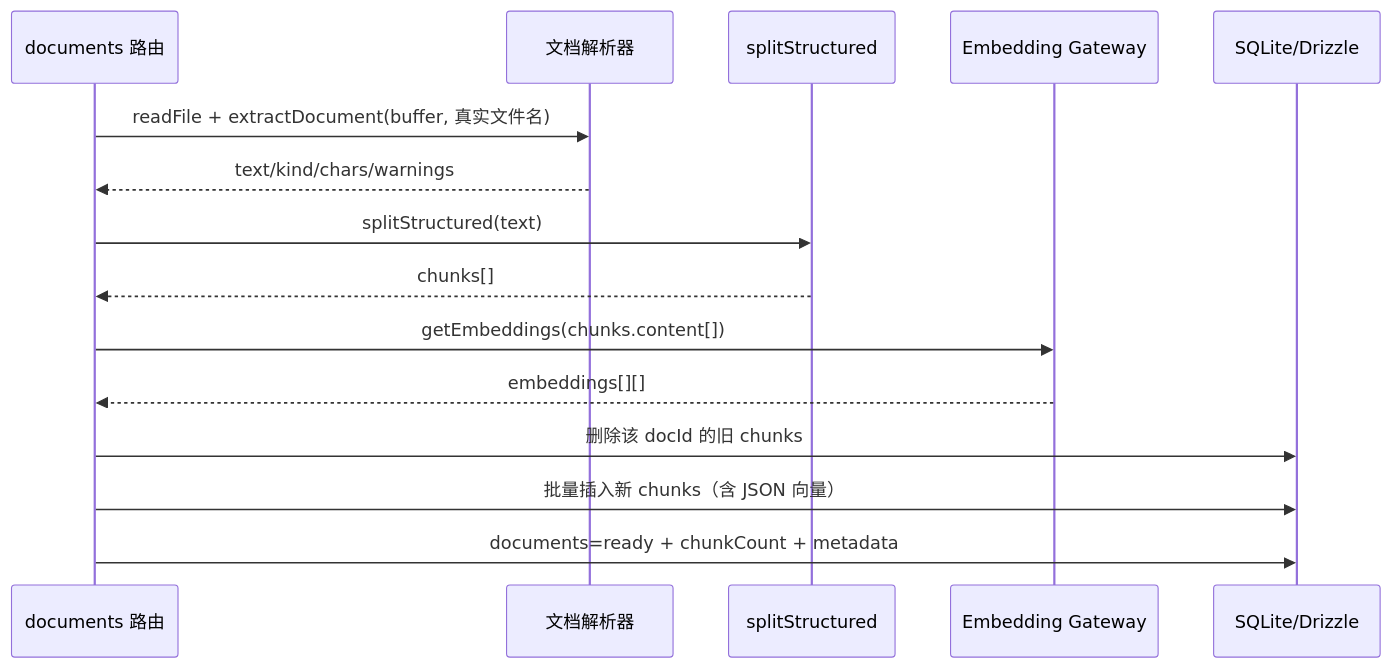
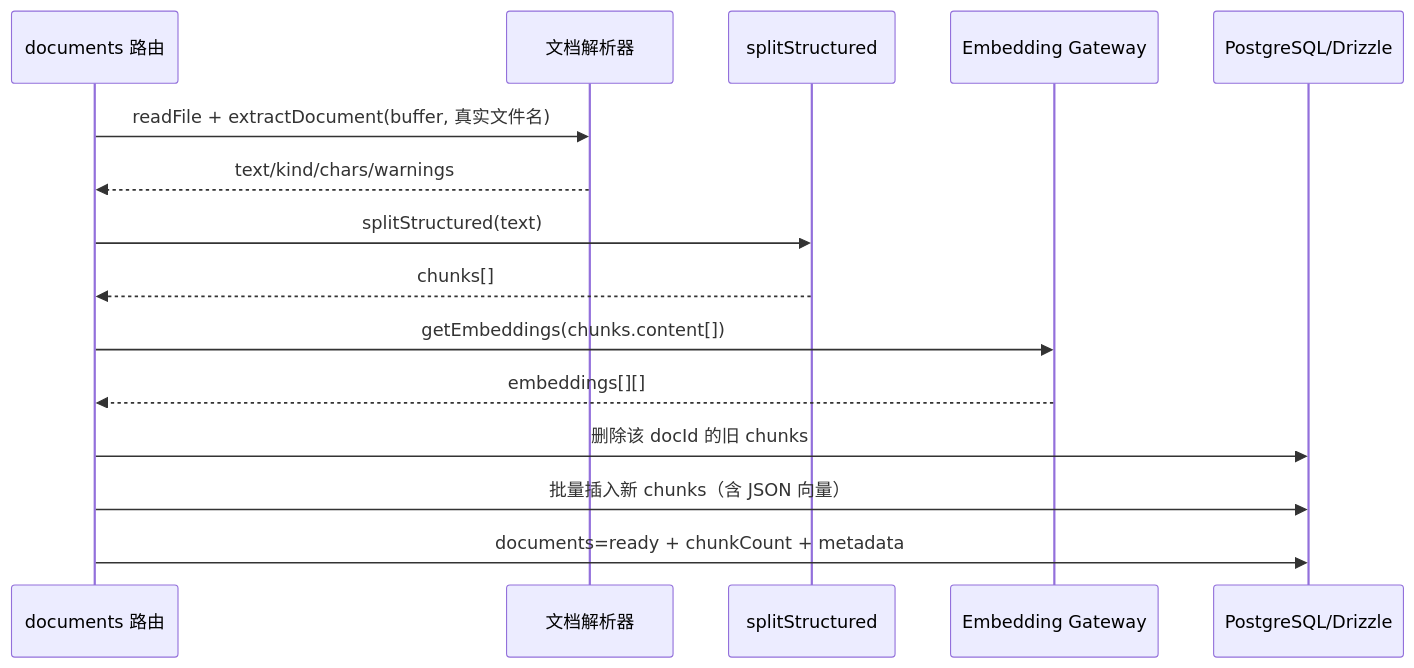
One commit to 18342403-gxh/ai_study changed the third of 4 diagrams in 后端向量化完整流程.md. Above: the diagram before and after it, drawn with Mermaid. The commit also changed other lines of this file and 112 other files, not shown here.

````diff
--- a/后端向量化完整流程.md
+++ b/后端向量化完整流程.md
@@ -137,18 +136,18 @@
 ```mermaid
 sequenceDiagram
     participant R as documents 路由
     participant P as 文档解析器
     participant S as splitStructured
     participant E as Embedding Gateway
-    participant D as SQLite/Drizzle
+    participant D as PostgreSQL/Drizzle
 
     R->>P: readFile + extractDocument(buffer, 真实文件名)
     P-->>R: text/kind/chars/warnings
     R->>S: splitStructured(text)
     S-->>R: chunks[]
     R->>E: getEmbeddings(chunks.content[])
     E-->>R: embeddings[][]
     R->>D: 删除该 docId 的旧 chunks
     R->>D: 批量插入新 chunks（含 JSON 向量）
     R->>D: documents=ready + chunkCount + metadata
 ```
````
